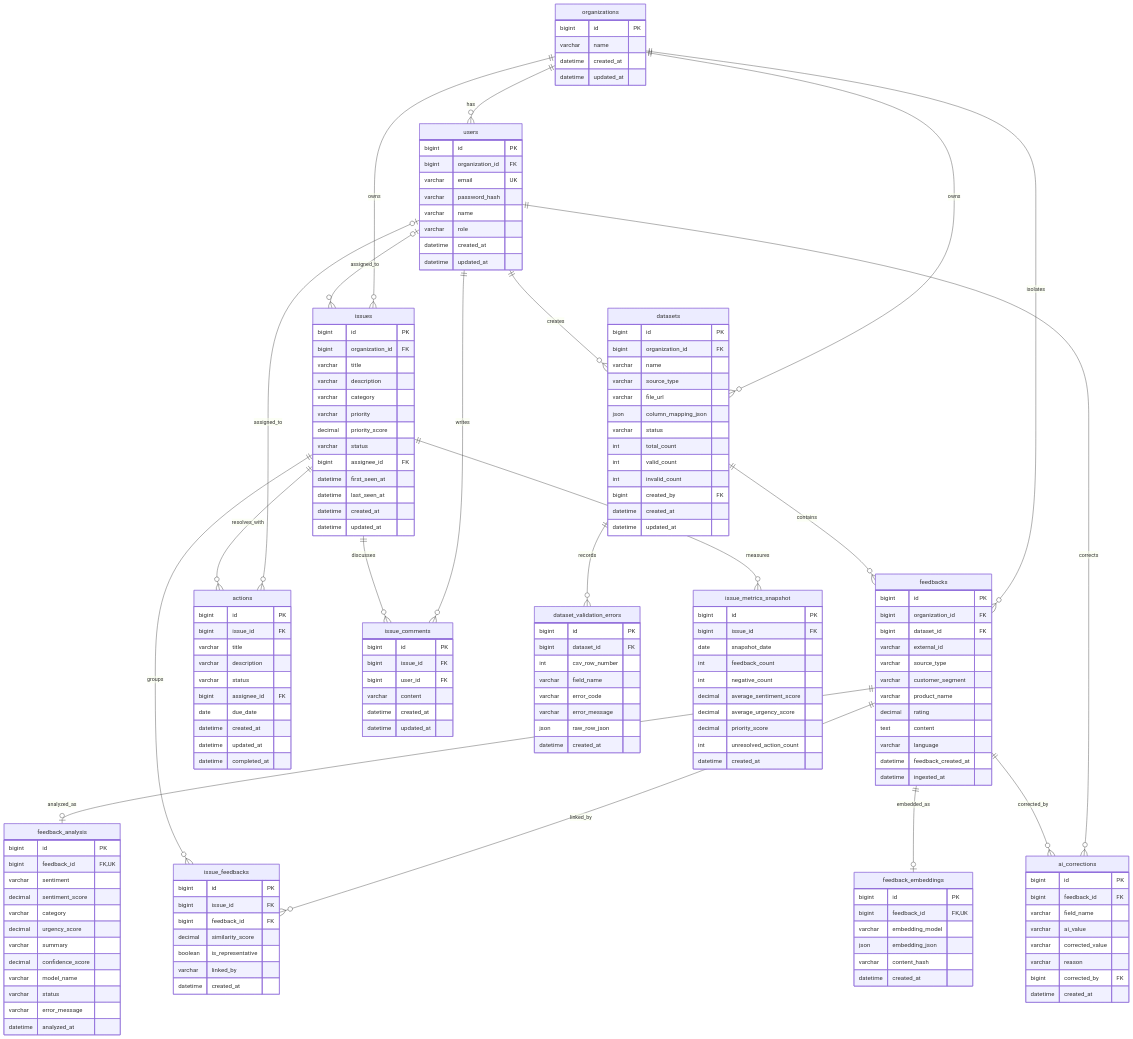
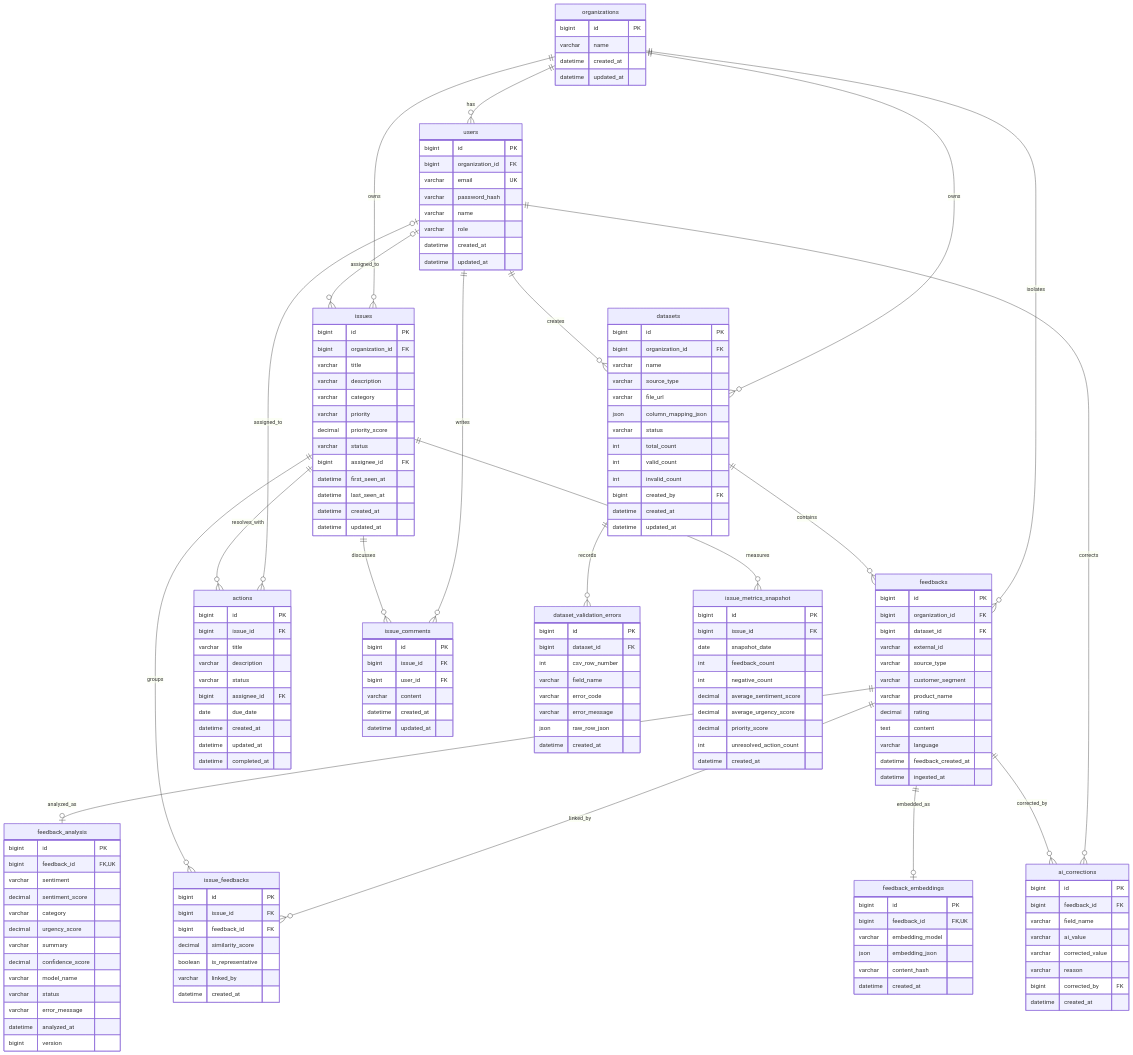
One commit to JJUNOKIM/voc-actionops changed the diagram in docs/erd.md. Above: the diagram before and after it, drawn with Mermaid. The commit also changed other lines of this file and 20 other files, not shown here.

```diff
--- a/docs/erd.md
+++ b/docs/erd.md
@@ -106,6 +106,7 @@
         varchar status
         varchar error_message
         datetime analyzed_at
+        bigint version
     }
 
     feedback_embeddings {
```
